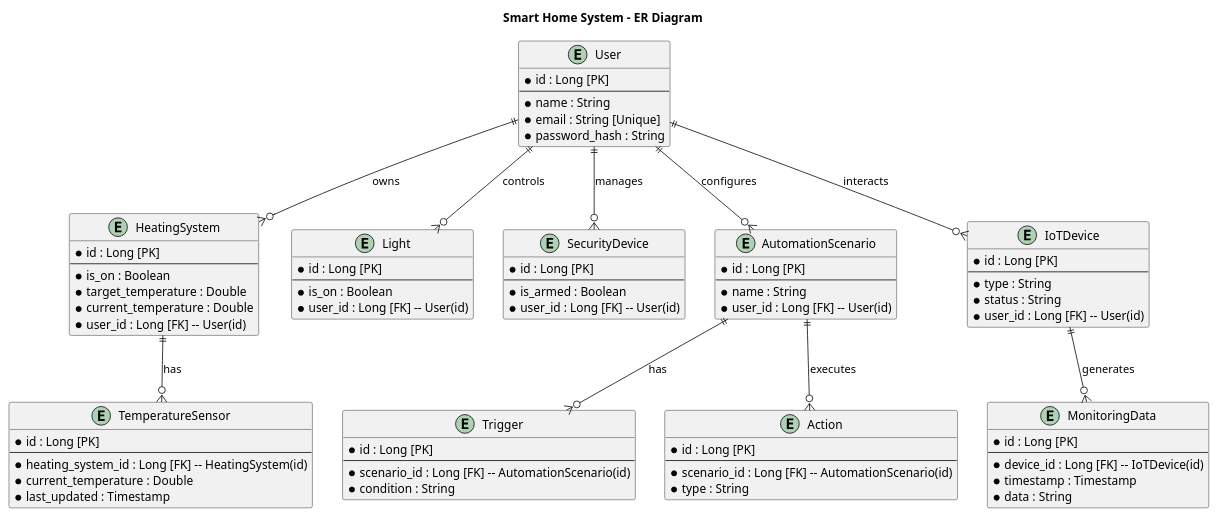
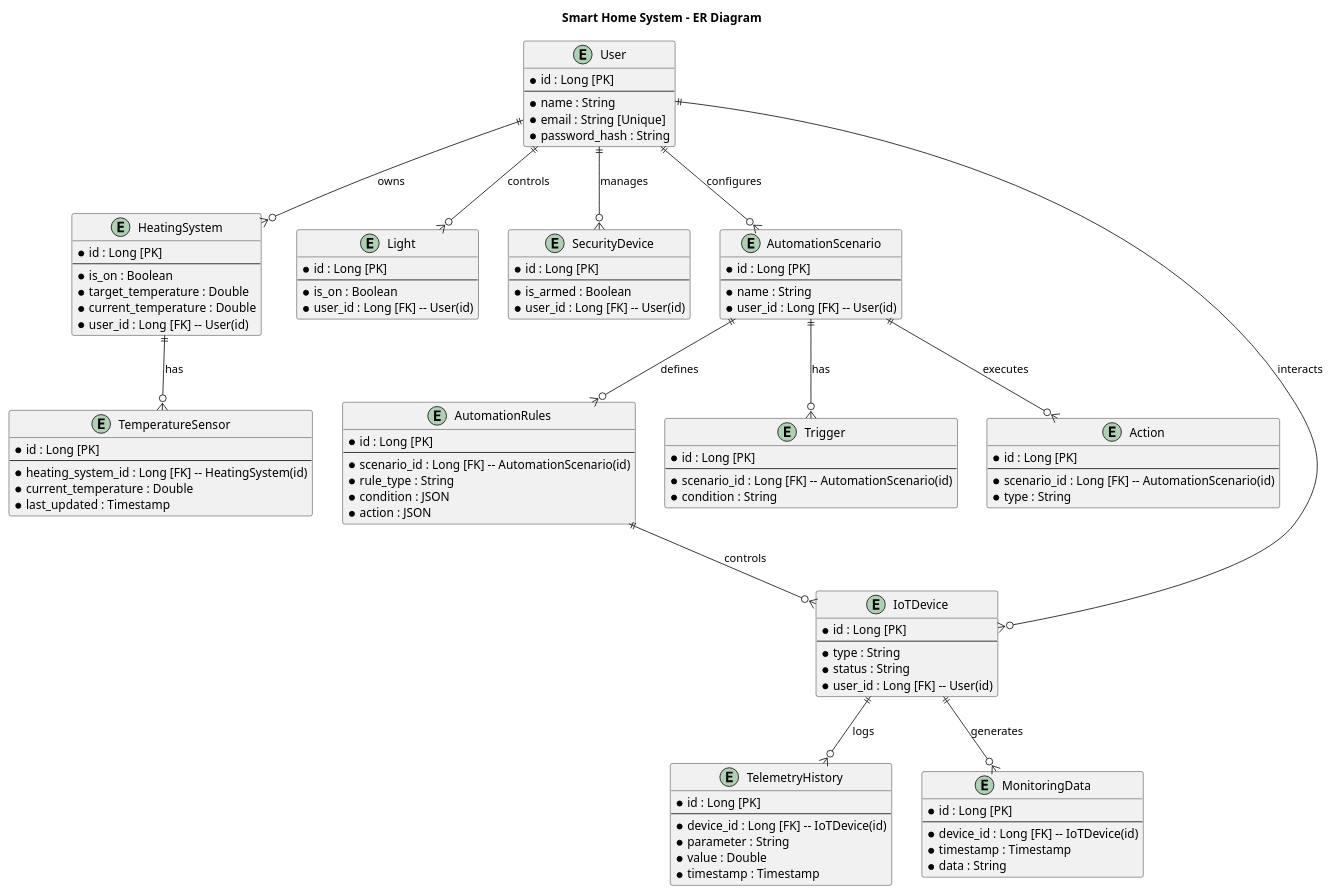
One commit to dramaqu33n/architecture-sprint-3 changed the diagram in diagrams/ER/SmartHomeERToBe.puml. Above: the diagram before and after it, drawn with PlantUML. The commit also changed 4 other files, not shown here.

```diff
--- a/diagrams/ER/SmartHomeERToBe.puml
+++ b/diagrams/ER/SmartHomeERToBe.puml
@@ -1,90 +1,111 @@
 @startuml
 title Smart Home System - ER Diagram
 
 entity User {
   * id : Long [PK]
   --
   * name : String
   * email : String [Unique]
   * password_hash : String
 }
 
 entity HeatingSystem {
   * id : Long [PK]
   --
   * is_on : Boolean
   * target_temperature : Double
   * current_temperature : Double
   * user_id : Long [FK] -- User(id)
 }
 
 entity TemperatureSensor {
   * id : Long [PK]
   --
   * heating_system_id : Long [FK] -- HeatingSystem(id)
   * current_temperature : Double
   * last_updated : Timestamp
 }
 
 entity Light {
   * id : Long [PK]
   --
   * is_on : Boolean
   * user_id : Long [FK] -- User(id)
 }
 
 entity SecurityDevice {
   * id : Long [PK]
   --
   * is_armed : Boolean
   * user_id : Long [FK] -- User(id)
 }
 
 entity AutomationScenario {
   * id : Long [PK]
   --
   * name : String
   * user_id : Long [FK] -- User(id)
 }
 
+entity TelemetryHistory {
+  * id : Long [PK]
+  --
+  * device_id : Long [FK] -- IoTDevice(id)
+  * parameter : String
+  * value : Double
+  * timestamp : Timestamp
+}
+
+entity AutomationRules {
+  * id : Long [PK]
+  --
+  * scenario_id : Long [FK] -- AutomationScenario(id)
+  * rule_type : String
+  * condition : JSON
+  * action : JSON
+}
+
 entity Trigger {
   * id : Long [PK]
   --
   * scenario_id : Long [FK] -- AutomationScenario(id)
   * condition : String
 }
 
 entity Action {
   * id : Long [PK]
   --
   * scenario_id : Long [FK] -- AutomationScenario(id)
   * type : String
 }
 
 entity MonitoringData {
   * id : Long [PK]
   --
   * device_id : Long [FK] -- IoTDevice(id)
   * timestamp : Timestamp
   * data : String
 }
 
 entity IoTDevice {
   * id : Long [PK]
   --
   * type : String
   * status : String
   * user_id : Long [FK] -- User(id)
 }
 
 User ||--o{ HeatingSystem : "owns"
 User ||--o{ Light : "controls"
 User ||--o{ SecurityDevice : "manages"
 User ||--o{ AutomationScenario : "configures"
 User ||--o{ IoTDevice : "interacts"
 
 HeatingSystem ||--o{ TemperatureSensor : "has"
 AutomationScenario ||--o{ Trigger : "has"
 AutomationScenario ||--o{ Action : "executes"
+AutomationScenario ||--o{ AutomationRules : "defines"
+AutomationRules ||--o{ IoTDevice : "controls"
 IoTDevice ||--o{ MonitoringData : "generates"
+IoTDevice ||--o{ TelemetryHistory : "logs"
 @enduml
```
